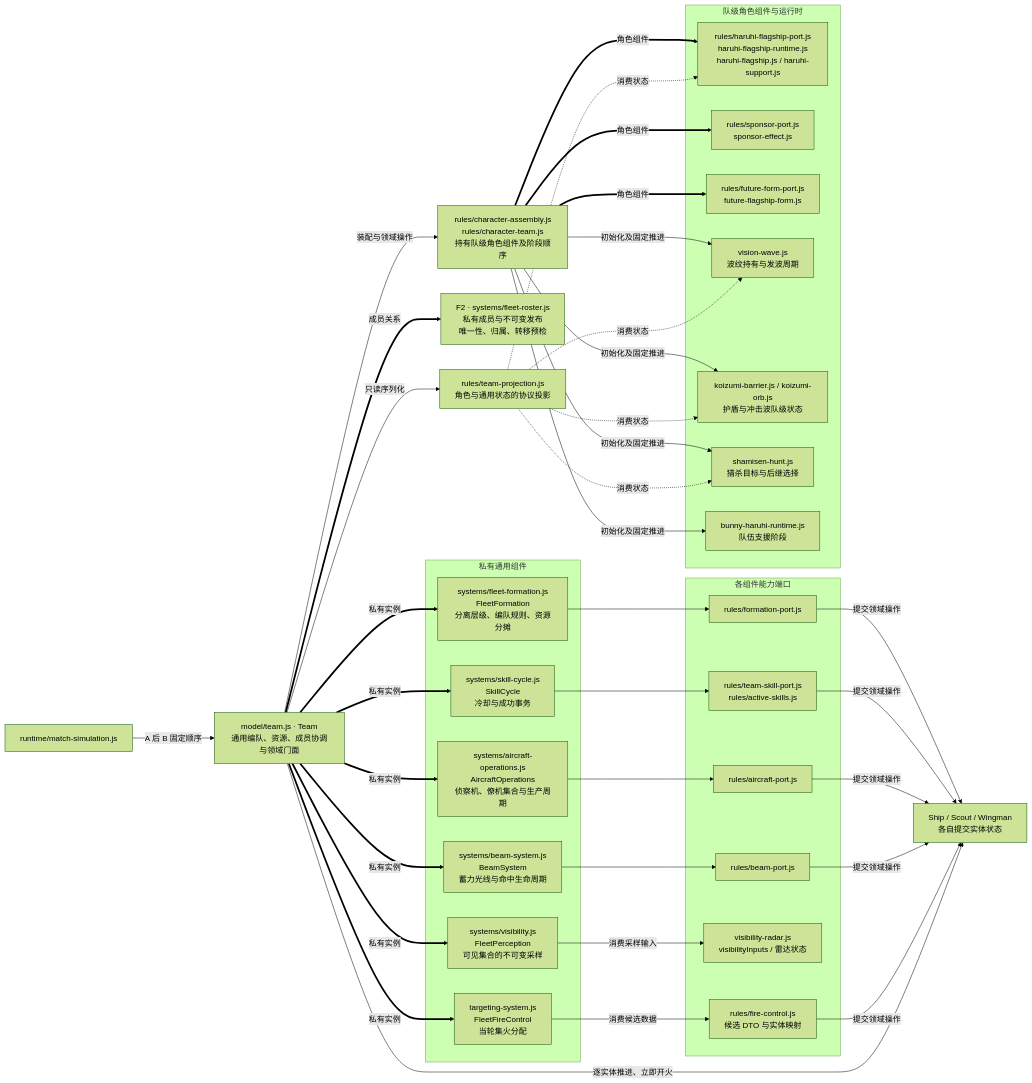
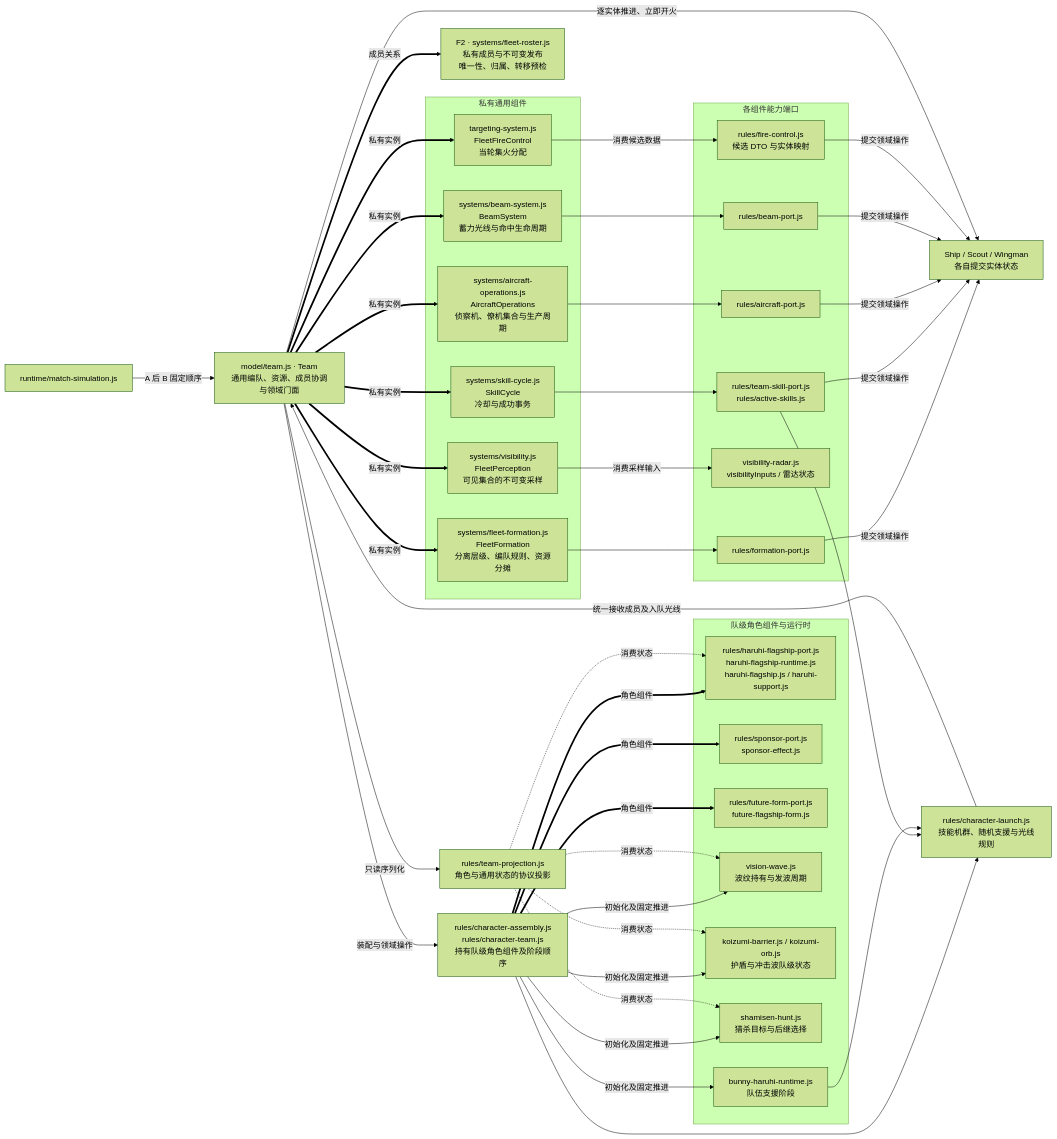
One commit to Haruhi-Labs/TDOS changed the third of 8 diagrams in docs/architecture-map.md. Above: the diagram before and after it, drawn with Mermaid (forest theme). The commit also changed other lines of this file and 4 other files, not shown here.

Commit message:
docs(architecture): 更新角色调用链复查与验收证据

````diff
--- a/docs/architecture-map.md
+++ b/docs/architecture-map.md
@@ -132,50 +132,53 @@
 ```mermaid
 flowchart LR
   T["model/team.js · Team<br/>通用编队、资源、成员协调与领域门面"]
   MEM["F2 · systems/fleet-roster.js<br/>私有成员与不可变发布<br/>唯一性、归属、转移预检"]
   subgraph generic[私有通用组件]
     F["systems/fleet-formation.js<br/>FleetFormation<br/>分离层级、编队规则、资源分摊"]
     SK["systems/skill-cycle.js<br/>SkillCycle<br/>冷却与成功事务"]
     AC["systems/aircraft-operations.js<br/>AircraftOperations<br/>侦察机、僚机集合与生产周期"]
     BM["systems/beam-system.js<br/>BeamSystem<br/>蓄力光线与命中生命周期"]
     V["systems/visibility.js<br/>FleetPerception<br/>可见集合的不可变采样"]
     FC["targeting-system.js<br/>FleetFireControl<br/>当轮集火分配"]
   end
   subgraph adapters[各组件能力端口]
     FP["rules/formation-port.js"]
     SP["rules/team-skill-port.js<br/>rules/active-skills.js"]
     AP["rules/aircraft-port.js"]
     BP["rules/beam-port.js"]
     VP["visibility-radar.js<br/>visibilityInputs / 雷达状态"]
     FCP["rules/fire-control.js<br/>候选 DTO 与实体映射"]
   end
   subgraph specific[队级角色组件与运行时]
     HF["rules/haruhi-flagship-port.js<br/>haruhi-flagship-runtime.js<br/>haruhi-flagship.js / haruhi-support.js"]
     SF["rules/sponsor-port.js<br/>sponsor-effect.js"]
     FF["rules/future-form-port.js<br/>future-flagship-form.js"]
     VW["vision-wave.js<br/>波纹持有与发波周期"]
     KB["koizumi-barrier.js / koizumi-orb.js<br/>护盾与冲击波队级状态"]
     SH["shamisen-hunt.js<br/>猎杀目标与后继选择"]
     BH["bunny-haruhi-runtime.js<br/>队伍支援阶段"]
   end
   M["runtime/match-simulation.js"]
   S["Ship / Scout / Wingman<br/>各自提交实体状态"]
   T ==>|成员关系| MEM
   T ==>|私有实例| F & SK & AC & BM & V & FC
   F --> FP
   SK --> SP
   AC --> AP
   BM --> BP
   V -->|消费采样输入| VP
   FC -->|消费候选数据| FCP
   FP & SP & AP & BP & FCP -->|提交领域操作| S
   ASSEMBLY["rules/character-assembly.js<br/>rules/character-team.js<br/>持有队级角色组件及阶段顺序"]
   T -->|装配与领域操作| ASSEMBLY
   ASSEMBLY ==>|角色组件| HF & SF & FF
   ASSEMBLY -->|初始化及固定推进| VW & KB & SH & BH
+  LAUNCH["rules/character-launch.js<br/>技能机群、随机支援与光线规则"]
+  ASSEMBLY & SP & BH --> LAUNCH
+  LAUNCH -->|统一接收成员及入队光线| T
   M -->|A 后 B 固定顺序| T
   T -->|逐实体推进、立即开火| S
   TP["rules/team-projection.js<br/>角色与通用状态的协议投影"]
   T -->|只读序列化| TP
   TP -.->|消费状态| VW & KB & SH & HF
 ```
````
